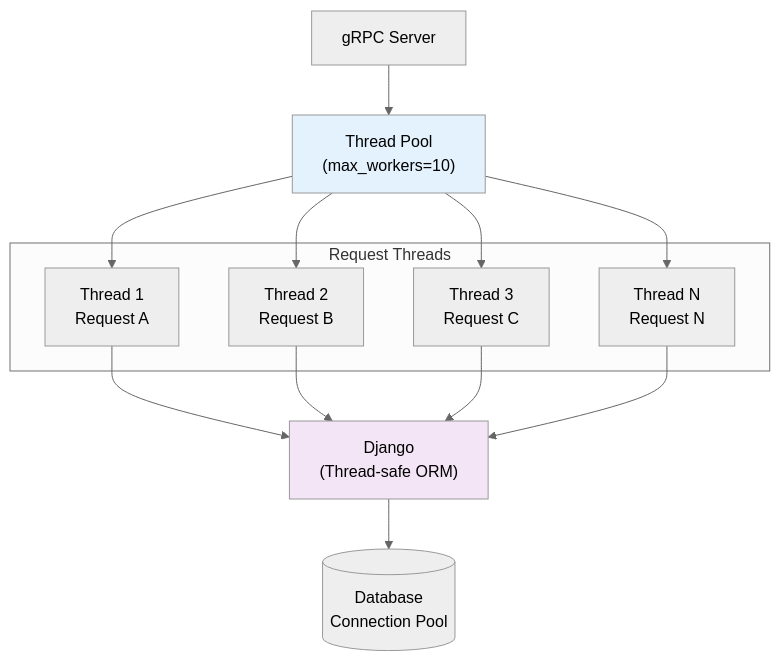
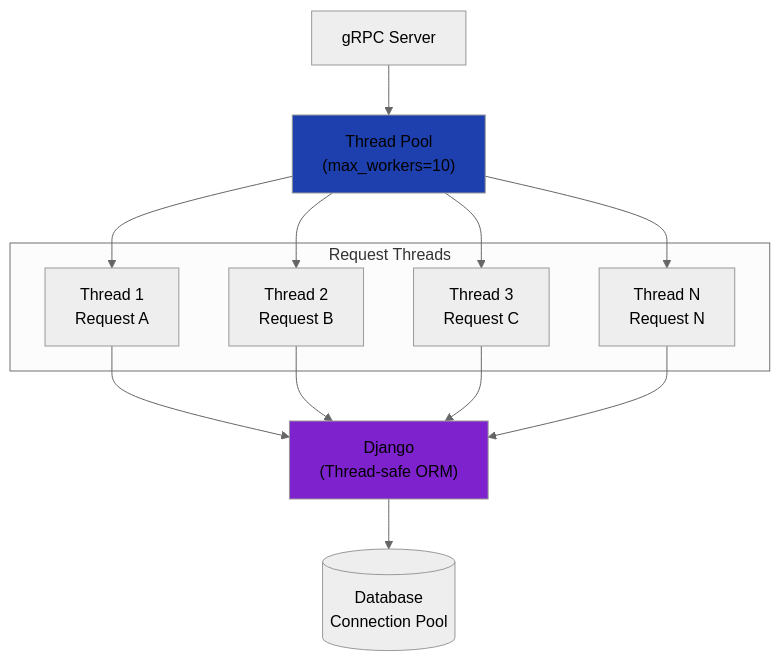
Diagram 12 of 12 in docs/features/integrations/grpc/architecture.md (markolofsen/django-cfg), drawn with Mermaid (neutral theme) before and after one commit. The commit also changed other lines of this file and 10 other files, not shown here.

````diff
--- a/docs/features/integrations/grpc/architecture.md
+++ b/docs/features/integrations/grpc/architecture.md
@@ -634,31 +631,31 @@
 ```mermaid
 graph TB
     Server["gRPC Server"]
     Pool["Thread Pool<br/>(max_workers=10)"]
 
     subgraph "Request Threads"
         T1["Thread 1<br/>Request A"]
         T2["Thread 2<br/>Request B"]
         T3["Thread 3<br/>Request C"]
         TN["Thread N<br/>Request N"]
     end
 
     Django["Django<br/>(Thread-safe ORM)"]
     DB[(Database<br/>Connection Pool)]
 
     Server --> Pool
     Pool --> T1
     Pool --> T2
     Pool --> T3
     Pool --> TN
 
     T1 --> Django
     T2 --> Django
     T3 --> Django
     TN --> Django
 
     Django --> DB
 
-    style Pool fill:#e3f2fd
-    style Django fill:#f3e5f5
+    style Pool fill:#1e40af
+    style Django fill:#7e22ce
 ```
````
